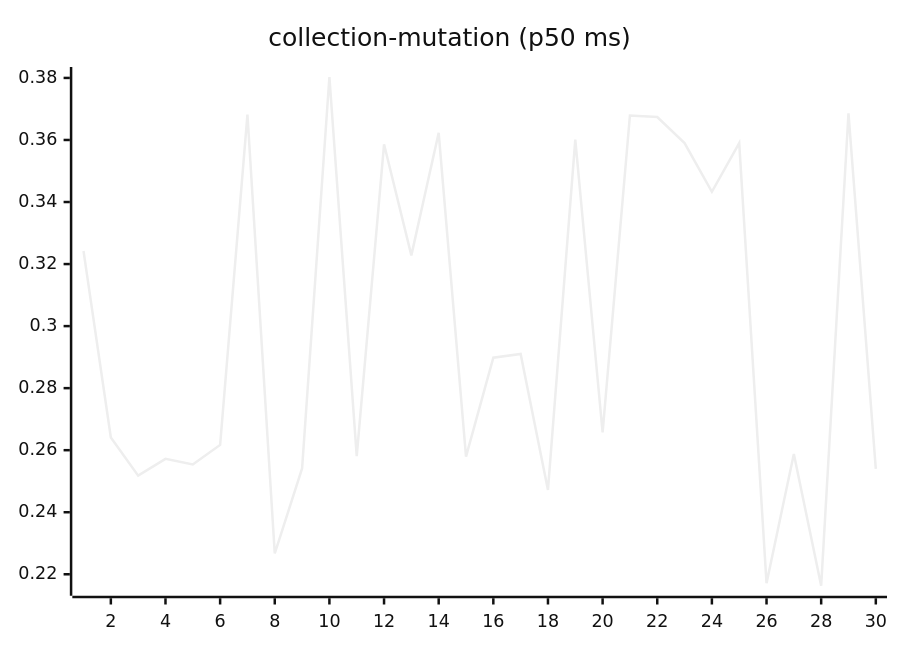
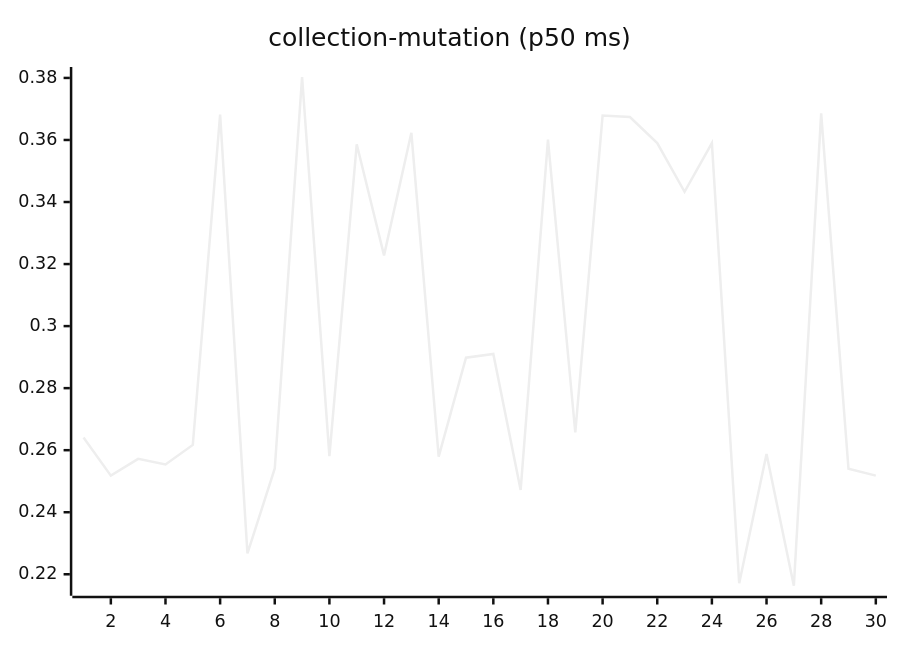
The sixth of 27 diagrams in README.md (josha/Facet), drawn with Mermaid (neutral theme) before and after one commit. The commit also changed other lines of this file and 2 other files, not shown here.

````diff
--- a/README.md
+++ b/README.md
@@ -98,6 +98,6 @@
 ```mermaid
 xychart-beta
     title "collection-mutation (p50 ms)"
     x-axis 1 --> 30
-    line [0.3242, 0.2641, 0.2518, 0.2572, 0.2554, 0.2617, 0.3682, 0.2267, 0.2541, 0.3803, 0.2581, 0.3586, 0.3228, 0.3623, 0.2579, 0.2898, 0.2910, 0.2472, 0.3601, 0.2657, 0.3679, 0.3674, 0.3590, 0.3433, 0.3590, 0.2171, 0.2588, 0.2163, 0.3686, 0.2540]
+    line [0.2641, 0.2518, 0.2572, 0.2554, 0.2617, 0.3682, 0.2267, 0.2541, 0.3803, 0.2581, 0.3586, 0.3228, 0.3623, 0.2579, 0.2898, 0.2910, 0.2472, 0.3601, 0.2657, 0.3679, 0.3674, 0.3590, 0.3433, 0.3590, 0.2171, 0.2588, 0.2163, 0.3686, 0.2540, 0.2518]
 ```
````
